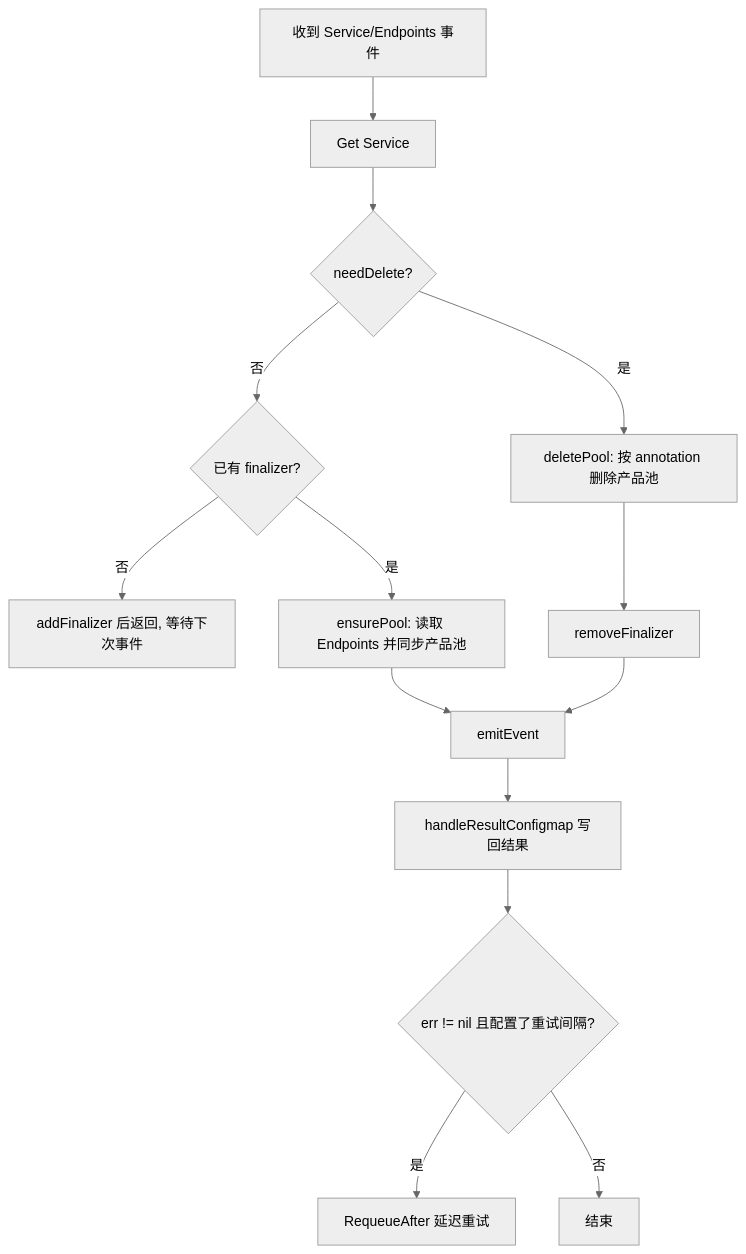
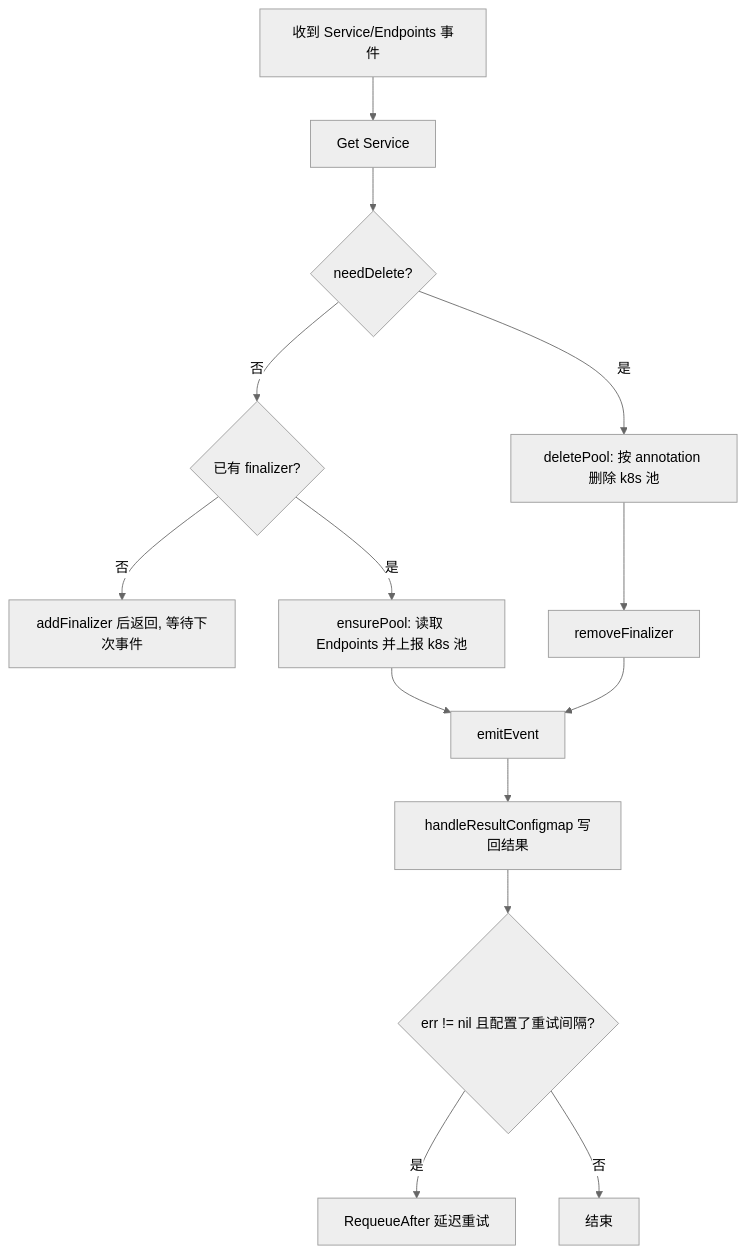
The first of 2 diagrams in design-docs/sys-design/service-discovery-design.md (rainway-ai-gateway/ai-gateway-controller), drawn with Mermaid (neutral theme) before and after one commit. The commit also changed other lines of this file and 53 other files, not shown here.

````diff
--- a/design-docs/sys-design/service-discovery-design.md
+++ b/design-docs/sys-design/service-discovery-design.md
@@ -62,16 +61,16 @@
 ```mermaid
 flowchart TD
     A[收到 Service/Endpoints 事件] --> B[Get Service]
     B --> C{needDelete?}
     C -- 否 --> D{已有 finalizer?}
     D -- 否 --> E[addFinalizer 后返回, 等待下次事件]
-    D -- 是 --> F[ensurePool: 读取 Endpoints 并同步产品池]
-    C -- 是 --> G[deletePool: 按 annotation 删除产品池]
+    D -- 是 --> F[ensurePool: 读取 Endpoints 并上报 k8s 池]
+    C -- 是 --> G[deletePool: 按 annotation 删除 k8s 池]
     G --> H[removeFinalizer]
     F --> I[emitEvent]
     H --> I
     I --> J[handleResultConfigmap 写回结果]
     J --> K{err != nil 且配置了重试间隔?}
     K -- 是 --> L[RequeueAfter 延迟重试]
     K -- 否 --> M[结束]
 ```
````
